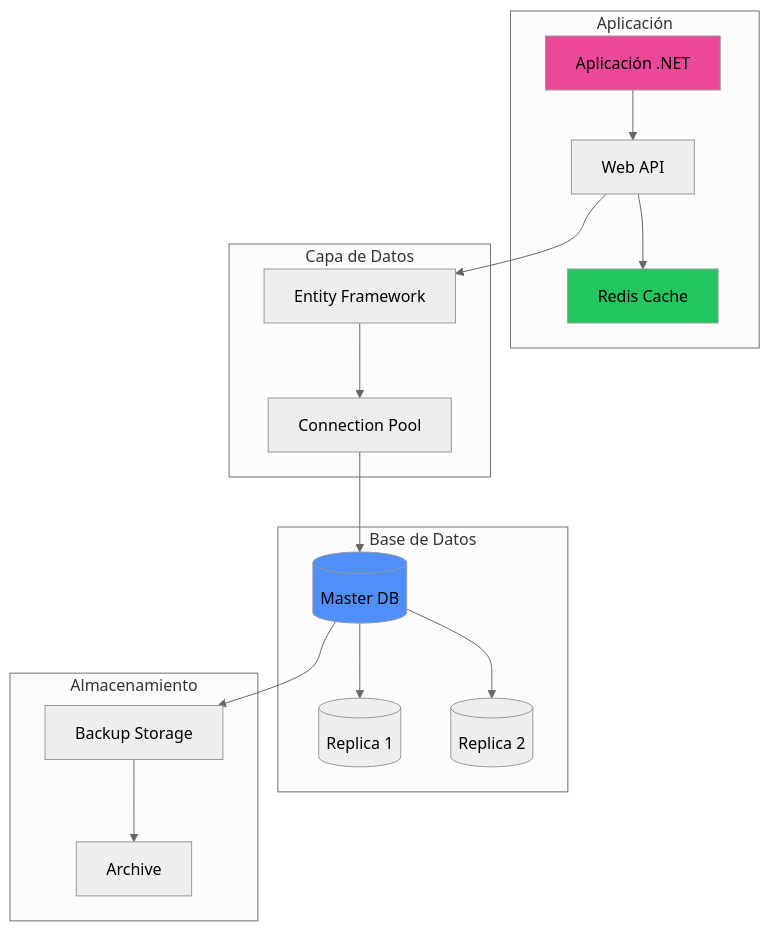
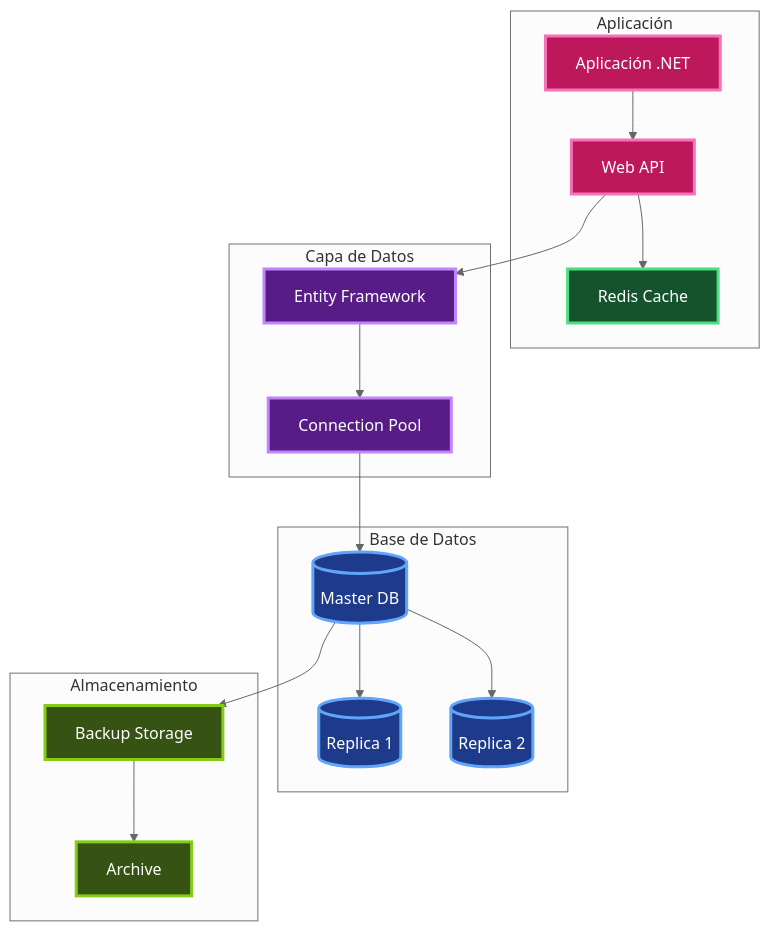
One commit to mleppedev/aio changed the first of 2 diagrams in docs/tablas/sql.md. Above: the diagram before and after it, drawn with Mermaid (neutral theme). The commit also changed other lines of this file and 16 other files, not shown here.

````diff
--- a/docs/tablas/sql.md
+++ b/docs/tablas/sql.md
@@ -112,38 +112,46 @@
 ```mermaid
 graph TB
     subgraph "Aplicación"
         App[Aplicación .NET]
         API[Web API]
         Cache[Redis Cache]
     end
 
     subgraph "Capa de Datos"
         EF[Entity Framework]
         CP[Connection Pool]
     end
 
     subgraph "Base de Datos"
         Master[(Master DB)]
         Replica1[(Replica 1)]
         Replica2[(Replica 2)]
     end
 
     subgraph "Almacenamiento"
         Backup[Backup Storage]
         Archive[Archive]
     end
 
     App --> API
     API --> Cache
     API --> EF
     EF --> CP
     CP --> Master
     Master --> Replica1
     Master --> Replica2
     Master --> Backup
     Backup --> Archive
 
-    style Master fill:#4f8ff7
-    style Cache fill:#22c55e
-    style App fill:#ec4899
+    classDef application fill:#be185d,stroke:#f472b6,stroke-width:3px,color:#ffffff
+    classDef cache fill:#14532d,stroke:#4ade80,stroke-width:3px,color:#ffffff
+    classDef database fill:#1e3a8a,stroke:#60a5fa,stroke-width:3px,color:#ffffff
+    classDef framework fill:#581c87,stroke:#c084fc,stroke-width:3px,color:#ffffff
+    classDef storage fill:#365314,stroke:#84cc16,stroke-width:3px,color:#ffffff
+    
+    class App,API application
+    class Cache cache
+    class Master,Replica1,Replica2 database
+    class EF,CP framework
+    class Backup,Archive storage
 ```
````
